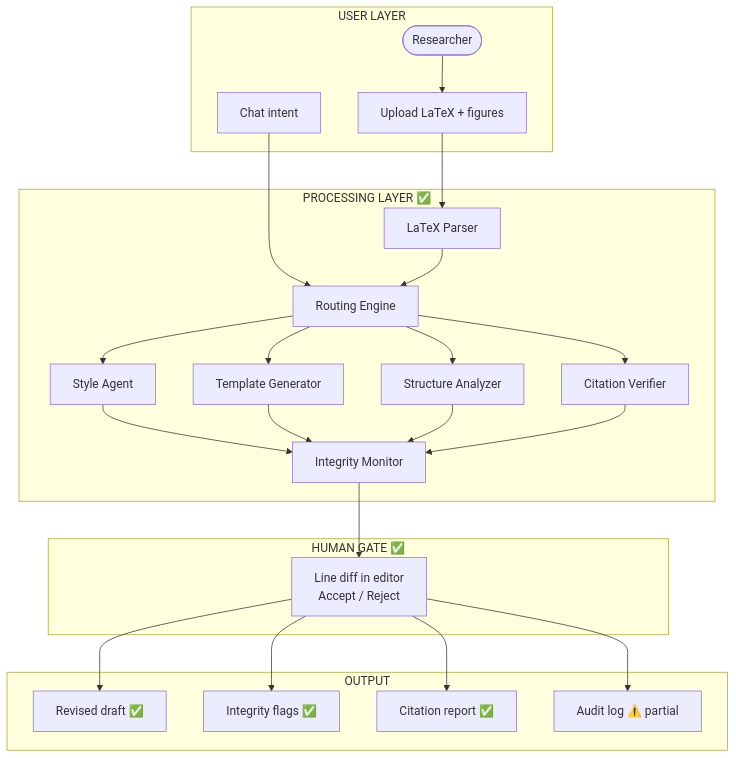
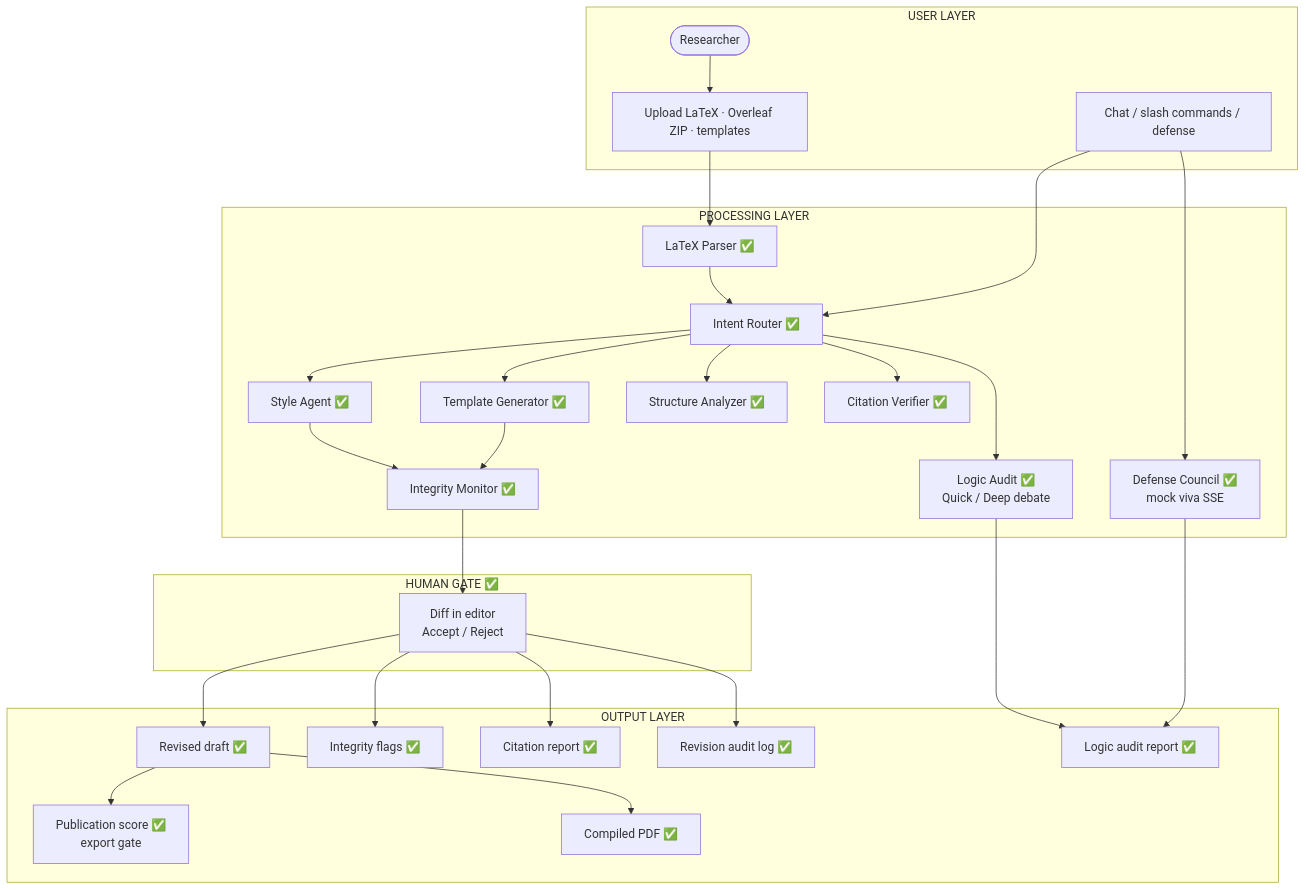
The second of 11 diagrams in docs/architecture_diagram.md (Tai-TZ/arionear-ai-paper-editor), drawn with Mermaid before and after one commit. The commit also changed other lines of this file and 5 other files, not shown here.

````diff
--- a/docs/architecture_diagram.md
+++ b/docs/architecture_diagram.md
@@ -60,37 +65,46 @@
 ```mermaid
 flowchart TB
     subgraph UL["USER LAYER"]
         U([Researcher])
-        UP[Upload LaTeX + figures]
-        UF[Chat intent]
+        UP[Upload LaTeX · Overleaf ZIP · templates]
+        UF[Chat / slash commands / defense]
     end
 
-    subgraph PL["PROCESSING LAYER ✅"]
-        DP[LaTeX Parser]
-        RE[Routing Engine]
-        SA[Style Agent]
-        TN[Template Generator]
-        ST[Structure Analyzer]
-        CV[Citation Verifier]
-        AIM[Integrity Monitor]
+    subgraph PL["PROCESSING LAYER"]
+        DP[LaTeX Parser ✅]
+        RE[Intent Router ✅]
+        SA[Style Agent ✅]
+        TN[Template Generator ✅]
+        ST[Structure Analyzer ✅]
+        CV[Citation Verifier ✅]
+        LA[Logic Audit ✅<br/>Quick / Deep debate]
+        DF[Defense Council ✅<br/>mock viva SSE]
+        AIM[Integrity Monitor ✅]
     end
 
     subgraph HGL["HUMAN GATE ✅"]
-        DIFF[Line diff in editor<br/>Accept / Reject]
+        DIFF[Diff in editor<br/>Accept / Reject]
     end
 
-    subgraph OL["OUTPUT"]
+    subgraph OL["OUTPUT LAYER"]
         RD[Revised draft ✅]
         IR[Integrity flags ✅]
-        CR[Citation report ✅]
-        AL[Audit log ⚠️ partial]
+        CRpt[Citation report ✅]
+        LAR[Logic audit report ✅]
+        PS[Publication score ✅<br/>export gate]
+        AL[Revision audit log ✅]
+        PDF[Compiled PDF ✅]
     end
 
     U --> UP --> DP
     UF --> RE
     DP --> RE
-    RE --> SA & TN & ST & CV
-    SA & TN & ST & CV --> AIM
+    RE --> SA & TN & ST & CV & LA
+    UF --> DF
+    SA & TN --> AIM
+    LA --> LAR
+    DF --> LAR
     AIM --> DIFF
-    DIFF --> RD & IR & CR & AL
+    DIFF --> RD & IR & CRpt & AL
+    RD --> PS & PDF
 ```
````
